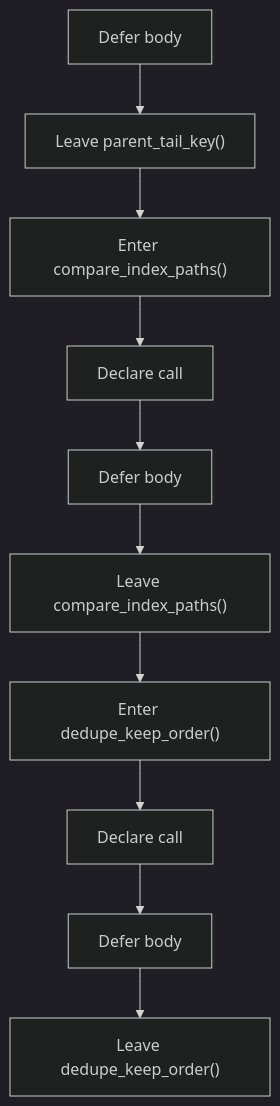
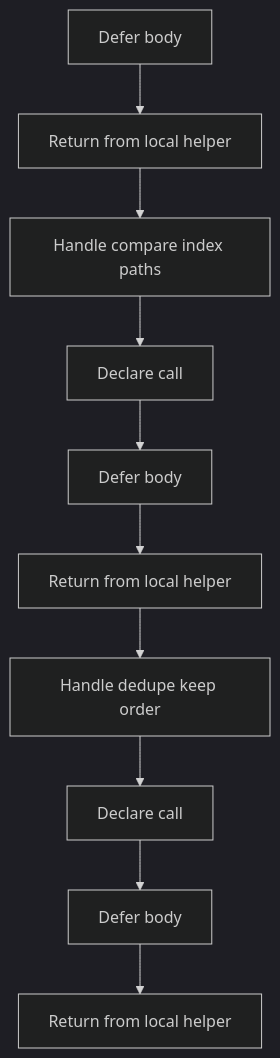
One commit to JohnAndrewBalbarosa/NeoTerritory changed the fifth of 8 diagrams in docs/Codebase/Microservice/Modules/Header/SyntacticBrokenAST/HashingMechanism/HashLinks/Internal/Flow/parse_tree_hash_links_internal_program_flow.hpp.md. Above: the diagram before and after it, drawn with Mermaid (dark theme). The commit also changed other lines of this file and 915 other files, not shown here.

````diff
--- a/docs/Codebase/Microservice/Modules/Header/SyntacticBrokenAST/HashingMechanism/HashLinks/Internal/Flow/parse_tree_hash_links_internal_program_flow.hpp.md
+++ b/docs/Codebase/Microservice/Modules/Header/SyntacticBrokenAST/HashingMechanism/HashLinks/Internal/Flow/parse_tree_hash_links_internal_program_flow.hpp.md
@@ -119,22 +119,22 @@
 ```mermaid
 flowchart TD
     N0["Defer body"]
-    N1["Leave parent_tail_key()"]
-    N2["Enter compare_index_paths()"]
+    N1["Return from local helper"]
+    N2["Handle compare index paths"]
     N3["Declare call"]
     N4["Defer body"]
-    N5["Leave compare_index_paths()"]
-    N6["Enter dedupe_keep_order()"]
+    N5["Return from local helper"]
+    N6["Handle dedupe keep order"]
     N7["Declare call"]
     N8["Defer body"]
-    N9["Leave dedupe_keep_order()"]
+    N9["Return from local helper"]
     N0 --> N1
     N1 --> N2
     N2 --> N3
     N3 --> N4
     N4 --> N5
     N5 --> N6
     N6 --> N7
     N7 --> N8
     N8 --> N9
 ```
````
